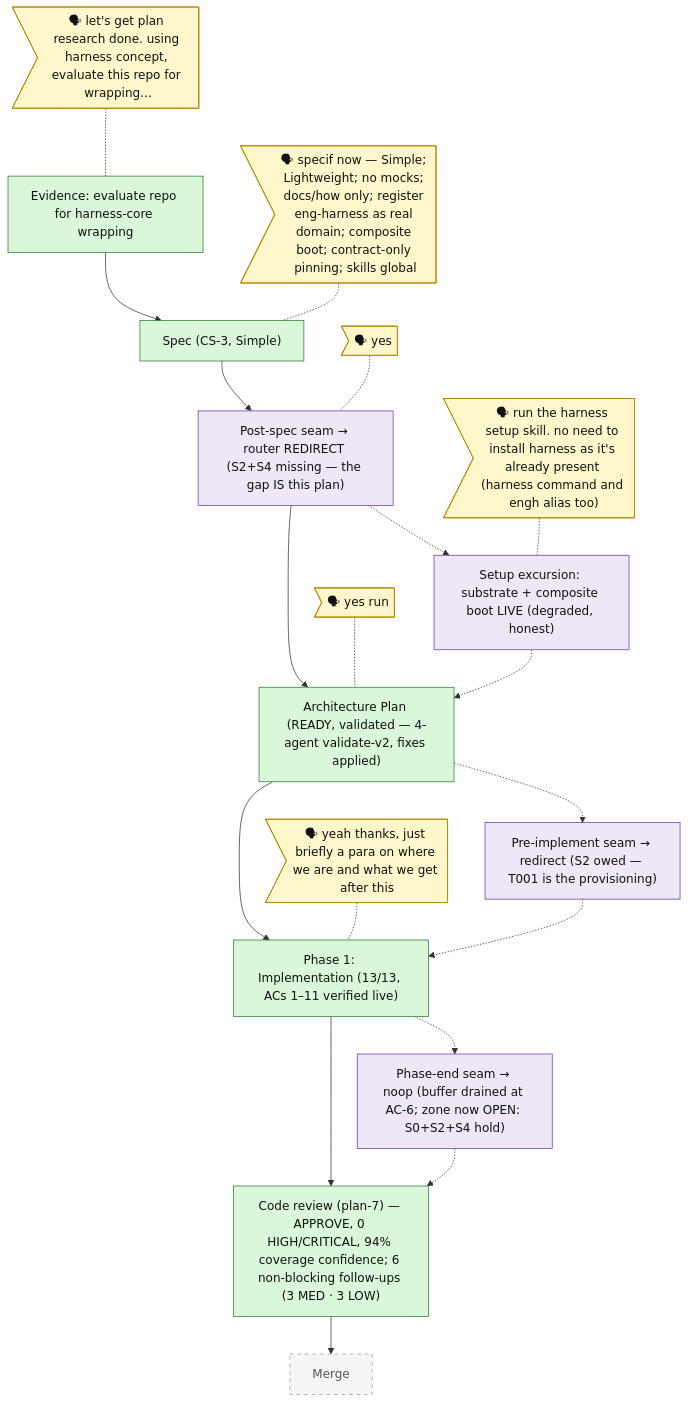
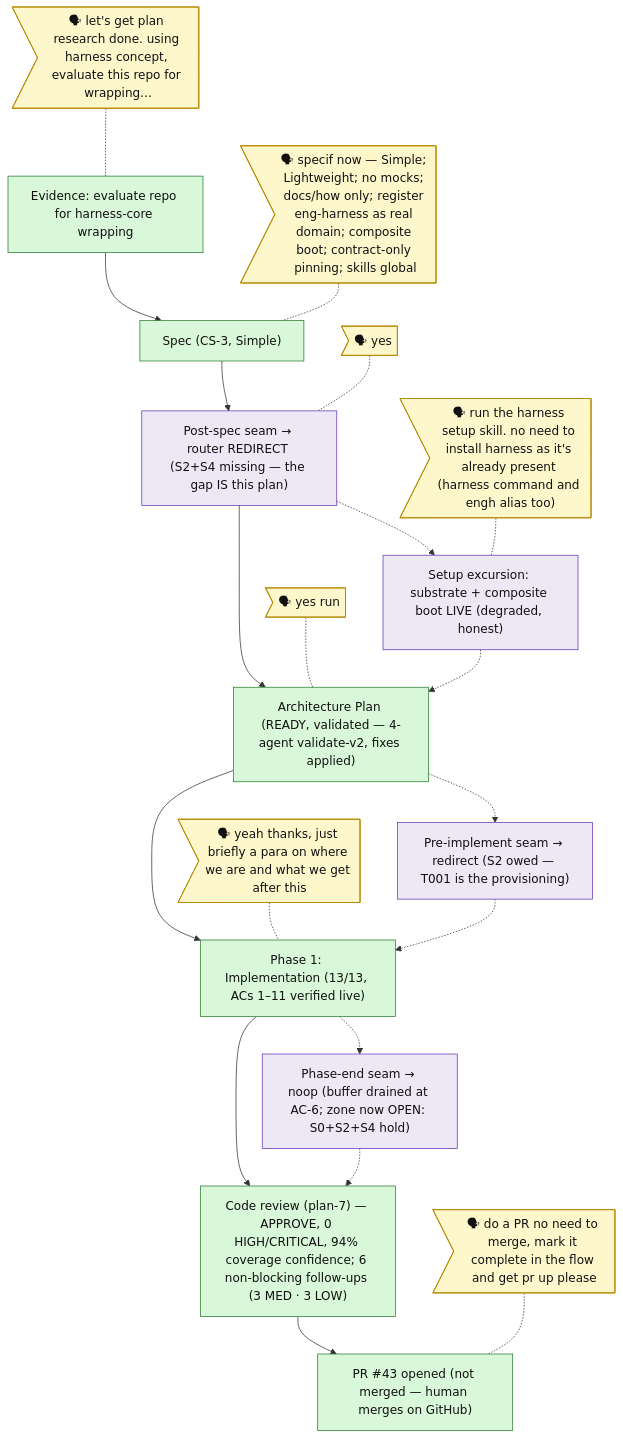
Before and after one commit to AI-Substrate/minih: the diagram in docs/plans/024-core-harness/the-flow.md, drawn with Mermaid. The commit also changed 2 other files, not shown here.

Commit message:
docs(harness): close 024 flow — PR #43 opened, milestones 5/5 complete
Flow marked complete (PR-not-merge path). Merge node records PR #43;
state advanced to current_stage=complete, status=complete.

````diff
--- a/docs/plans/024-core-harness/the-flow.md
+++ b/docs/plans/024-core-harness/the-flow.md
@@ -5,39 +5,41 @@
 ```mermaid
 flowchart TD
   classDef done fill:#d9f7d9,stroke:#2e7d32,color:#111
   classDef wip fill:#ffe7c2,stroke:#ef6c00,color:#111
   classDef blocked fill:#ffd6d6,stroke:#c62828,color:#111
   classDef known fill:#dde8f3,stroke:#546e7a,color:#111
   classDef assumed fill:#f5f5f5,stroke:#9e9e9e,stroke-dasharray: 5 5,color:#555
   classDef said fill:#fff7cc,stroke:#b58900,color:#111
   classDef harness fill:#EDE7F6,stroke:#673AB7,color:#111
 
   research["Evidence: evaluate repo for harness-core wrapping"]:::done
   spec["Spec (CS-3, Simple)"]:::done
   backpressure_001["Post-spec seam → router REDIRECT (S2+S4 missing — the gap IS this plan)"]:::harness
   harness_setup_001["Setup excursion: substrate + composite boot LIVE (degraded, honest)"]:::harness
   plan["Architecture Plan (READY, validated — 4-agent validate-v2, fixes applied)"]:::done
   harness_preflight_001["Pre-implement seam → redirect (S2 owed — T001 is the provisioning)"]:::harness
   build["Phase 1: Implementation (13/13, ACs 1–11 verified live)"]:::done
   harness_phaseend_001["Phase-end seam → noop (buffer drained at AC-6; zone now OPEN: S0+S2+S4 hold)"]:::harness
   review["Code review (plan-7) — APPROVE, 0 HIGH/CRITICAL, 94% coverage confidence; 6 non-blocking follow-ups (3 MED · 3 LOW)"]:::done
-  merge["Merge"]:::assumed
+  merge["PR #43 opened (not merged — human merges on GitHub)"]:::done
 
   said_research>"🗣 let's get plan research done. using harness concept, evaluate this repo for wrapping…"]:::said
   said_spec>"🗣 specif now — Simple; Lightweight; no mocks; docs/how only; register eng-harness as real domain; composite boot; contract-only pinning; skills global"]:::said
   said_backpressure_001>"🗣 yes"]:::said
   said_harness_setup_001>"🗣 run the harness setup skill. no need to install harness as it's already present (harness command and engh alias too)"]:::said
   said_plan>"🗣 yes run"]:::said
   said_build>"🗣 yeah thanks, just briefly a para on where we are and what we get after this"]:::said
+  said_merge>"🗣 do a PR no need to merge, mark it complete in the flow and get pr up please"]:::said
   said_research -.- research
   said_spec -.- spec
   said_backpressure_001 -.- backpressure_001
   said_harness_setup_001 -.- harness_setup_001
   said_plan -.- plan
   said_build -.- build
+  said_merge -.- merge
 
   research --> spec --> backpressure_001 --> plan --> build --> review --> merge
   backpressure_001 -.-> harness_setup_001 -.-> plan
   plan -.-> harness_preflight_001 -.-> build
   build -.-> harness_phaseend_001 -.-> review
 ```
````
